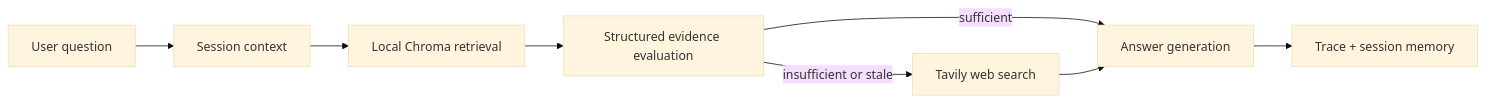
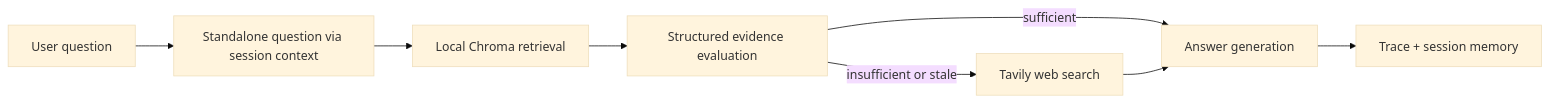
The diagram in docs/architecture.md (Jakob-Benjamin-Dorn/gamescope-agent), drawn with Mermaid (base theme) before and after one commit. The commit also changed other lines of this file and 6 other files, not shown here.

````diff
--- a/docs/architecture.md
+++ b/docs/architecture.md
@@ -3,10 +3,10 @@
 ```mermaid
 flowchart LR
-    U[User question] --> M[Session context]
+    U[User question] --> M[Standalone question via session context]
     M --> R[Local Chroma retrieval]
     R --> E[Structured evidence evaluation]
     E -->|sufficient| A[Answer generation]
     E -->|insufficient or stale| W[Tavily web search]
     W --> A
     A --> T[Trace + session memory]
 ```
````
